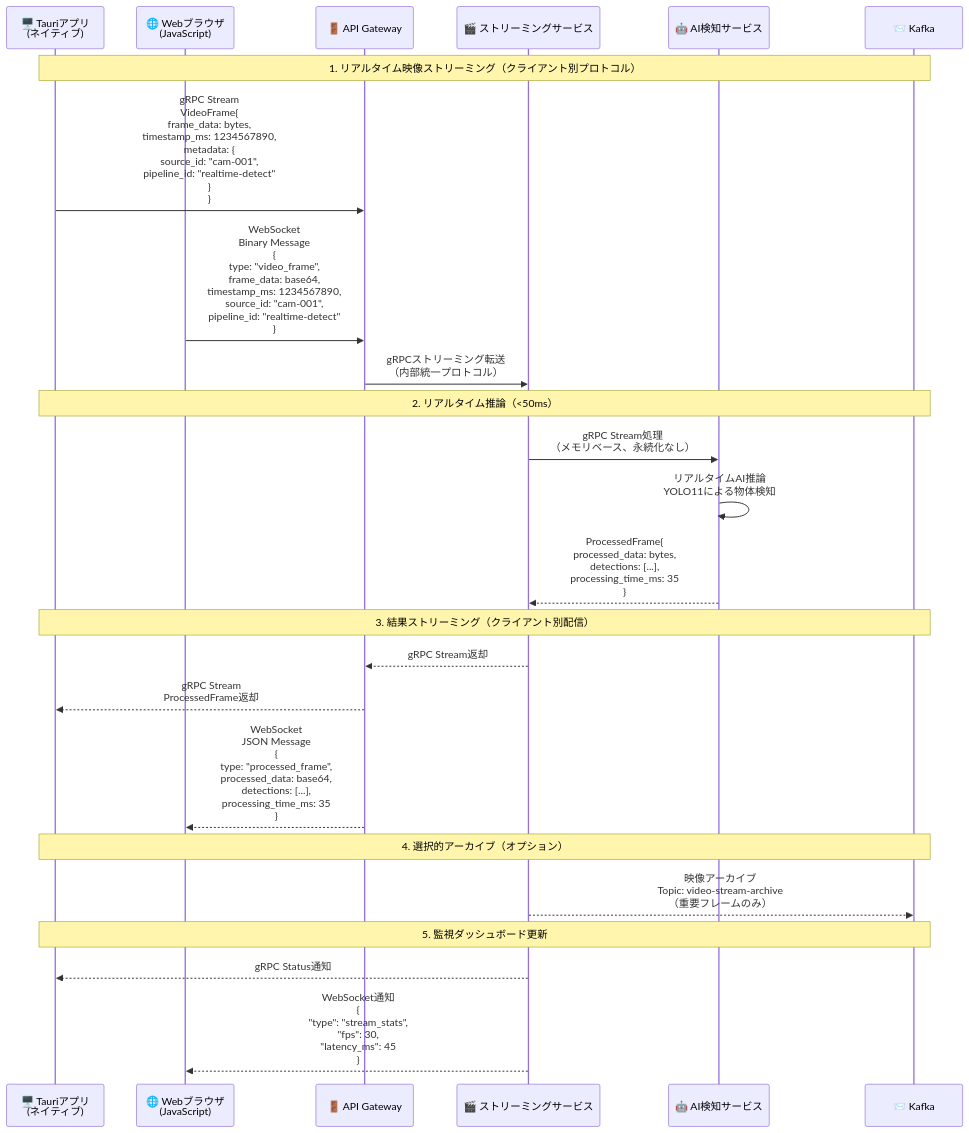
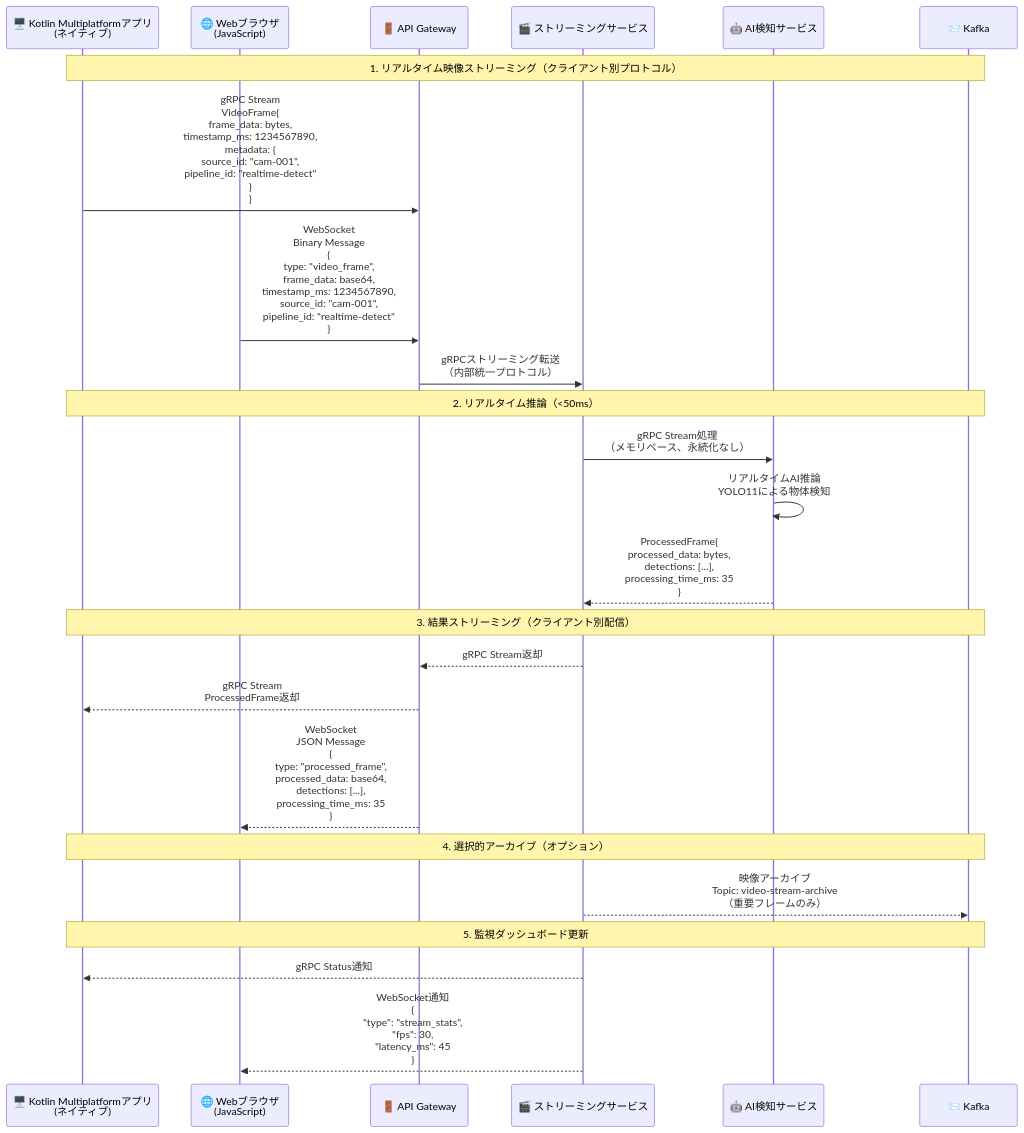
The second of 11 diagrams in docs/0300_設計_アプローチ1/0304_API設計.md (daichiTAAA/ImageFlowCanvas), drawn with Mermaid before and after one commit. The commit also changed other lines of this file and 64 other files, not shown here.

````diff
--- a/docs/0300_設計_アプローチ1/0304_API設計.md
+++ b/docs/0300_設計_アプローチ1/0304_API設計.md
@@ -62,40 +62,40 @@
 ```mermaid
 sequenceDiagram
-    participant TauriApp as 🖥️ Tauriアプリ<br/>(ネイティブ)
+    participant KmpApp as 🖥️ Kotlin Multiplatformアプリ<br/>(ネイティブ)
     participant WebClient as 🌐 Webブラウザ<br/>(JavaScript)
     participant Gateway as 🚪 API Gateway  
     participant StreamService as 🎬 ストリーミングサービス
     participant AIService as 🤖 AI検知サービス
     participant Kafka as 📨 Kafka
 
-    Note over TauriApp, Kafka: 1. リアルタイム映像ストリーミング（クライアント別プロトコル）
+    Note over KmpApp, Kafka: 1. リアルタイム映像ストリーミング（クライアント別プロトコル）
     
-    %% Tauri gRPC接続
-    TauriApp->>Gateway: gRPC Stream<br/>VideoFrame{<br/>  frame_data: bytes,<br/>  timestamp_ms: 1234567890,<br/>  metadata: {<br/>    source_id: "cam-001",<br/>    pipeline_id: "realtime-detect"<br/>  }<br/>}
+    %% Kotlin Multiplatform gRPC接続
+    KmpApp->>Gateway: gRPC Stream<br/>VideoFrame{<br/>  frame_data: bytes,<br/>  timestamp_ms: 1234567890,<br/>  metadata: {<br/>    source_id: "cam-001",<br/>    pipeline_id: "realtime-detect"<br/>  }<br/>}
     
     %% Web WebSocket接続
     WebClient->>Gateway: WebSocket<br/>Binary Message<br/>{<br/>  type: "video_frame",<br/>  frame_data: base64,<br/>  timestamp_ms: 1234567890,<br/>  source_id: "cam-001",<br/>  pipeline_id: "realtime-detect"<br/>}
     
     Gateway->>StreamService: gRPCストリーミング転送<br/>（内部統一プロトコル）
     
-    Note over TauriApp, Kafka: 2. リアルタイム推論（<50ms）
+    Note over KmpApp, Kafka: 2. リアルタイム推論（<50ms）
     StreamService->>AIService: gRPC Stream処理<br/>（メモリベース、永続化なし）
     AIService->>AIService: リアルタイムAI推論<br/>YOLO11による物体検知
     AIService-->>StreamService: ProcessedFrame{<br/>  processed_data: bytes,<br/>  detections: [...],<br/>  processing_time_ms: 35<br/>}
     
-    Note over TauriApp, Kafka: 3. 結果ストリーミング（クライアント別配信）
+    Note over KmpApp, Kafka: 3. 結果ストリーミング（クライアント別配信）
     StreamService-->>Gateway: gRPC Stream返却
     
-    %% Tauri gRPC配信
-    Gateway-->>TauriApp: gRPC Stream<br/>ProcessedFrame返却
+    %% Kotlin Multiplatform gRPC配信
+    Gateway-->>KmpApp: gRPC Stream<br/>ProcessedFrame返却
     
     %% Web WebSocket配信
     Gateway-->>WebClient: WebSocket<br/>JSON Message<br/>{<br/>  type: "processed_frame",<br/>  processed_data: base64,<br/>  detections: [...],<br/>  processing_time_ms: 35<br/>}
     
-    Note over TauriApp, Kafka: 4. 選択的アーカイブ（オプション）
+    Note over KmpApp, Kafka: 4. 選択的アーカイブ（オプション）
     StreamService-->>Kafka: 映像アーカイブ<br/>Topic: video-stream-archive<br/>（重要フレームのみ）
     
-    Note over TauriApp, Kafka: 5. 監視ダッシュボード更新
-    StreamService-->>TauriApp: gRPC Status通知
+    Note over KmpApp, Kafka: 5. 監視ダッシュボード更新
+    StreamService-->>KmpApp: gRPC Status通知
     StreamService-->>WebClient: WebSocket通知<br/>{<br/>  "type": "stream_stats",<br/>  "fps": 30,<br/>  "latency_ms": 45<br/>}
 ```
````
